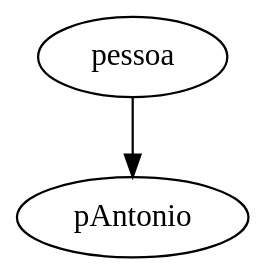
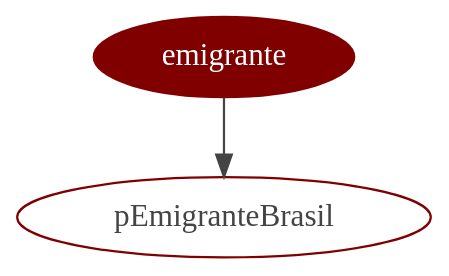
The diagram in EG/ExerciciosParaAvaliacao/Ex5/WebSite/x4.gv (MiguelCosta/EngenhariaDeLinguagens), drawn with Graphviz before and after one commit. The commit also changed 16 other files, not shown here.

```diff
--- a/EG/ExerciciosParaAvaliacao/Ex5/WebSite/x4.gv
+++ b/EG/ExerciciosParaAvaliacao/Ex5/WebSite/x4.gv
@@ -1,5 +1,8 @@
 
-		digraph mainmap4 {graph [bgcolor=transparent];"pessoa" [URL="conceito.php?conceito=pessoa"];
-"pAntonio" [URL="instancia.php?instancia=pAntonio"];
- "pessoa" -> "pAntonio";
+		digraph mainmap4 {graph [bgcolor=transparent];"emigrante" [URL="conceito.php?conceito=emigrante", 
+		color ="#800000",
+		fontcolor = white,
+		style = filled,];
+"pEmigranteBrasil" [color="#800000", fontcolor="#444444",URL="instancia.php?instancia=pEmigranteBrasil"];
+ "emigrante" -> "pEmigranteBrasil" [color="#444444", fontcolor="#444444"];
 }
```
